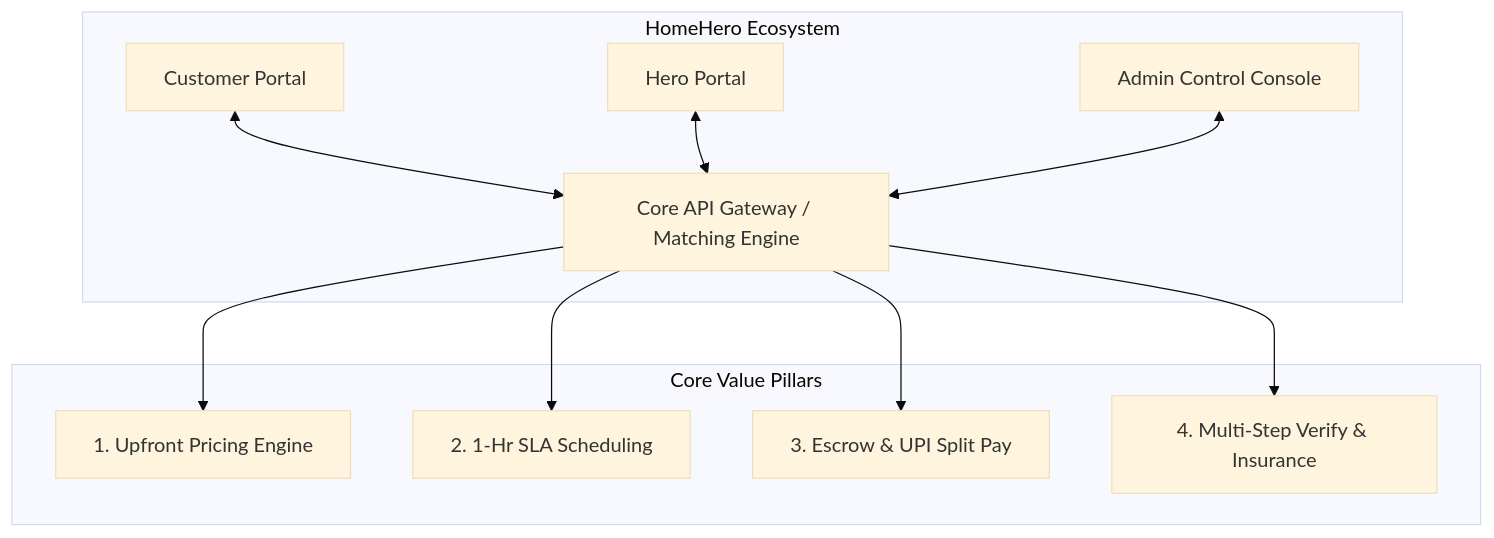
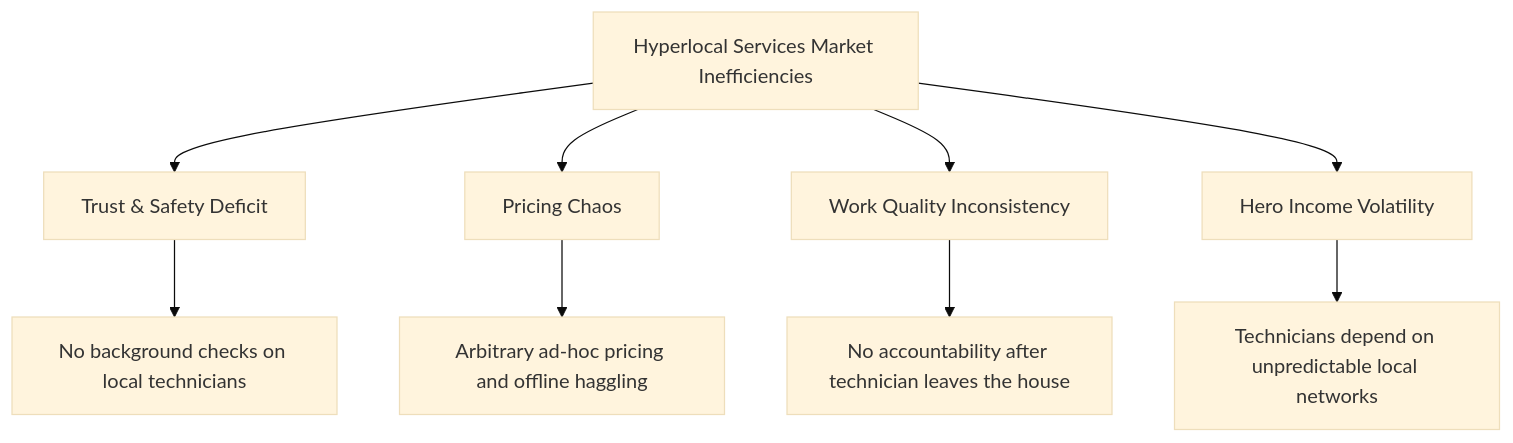
The diagram in docs/project-foundation/project-foundation.md (ananthamanvitha9-oss/home-hero), drawn with Mermaid (base theme) before and after one commit. The commit also changed other lines of this file and 22 other files, not shown here.

````diff
--- a/docs/project-foundation/project-foundation.md
+++ b/docs/project-foundation/project-foundation.md
@@ -44,20 +21,12 @@
 ```mermaid
 graph TD
-    subgraph "HomeHero Ecosystem"
-        C[Customer Portal] <--> P[Core API Gateway / Matching Engine]
-        H[Hero Portal] <--> P
-        A[Admin Control Console] <--> P
-    end
+    A[Hyperlocal Services Market Inefficiencies] --> B[Trust & Safety Deficit]
+    A --> C[Pricing Chaos]
+    A --> D[Work Quality Inconsistency]
+    A --> E[Hero Income Volatility]
     
-    subgraph "Core Value Pillars"
-        V1[1. Upfront Pricing Engine]
-        V2[2. 1-Hr SLA Scheduling]
-        V3[3. Escrow & UPI Split Pay]
-        V4[4. Multi-Step Verify & Insurance]
-    end
-    
-    P --> V1
-    P --> V2
-    P --> V3
-    P --> V4
+    B --> B1[No background checks on local technicians]
+    C --> C1[Arbitrary ad-hoc pricing and offline haggling]
+    D --> D1[No accountability after technician leaves the house]
+    E --> E1[Technicians depend on unpredictable local networks]
 ```
````
